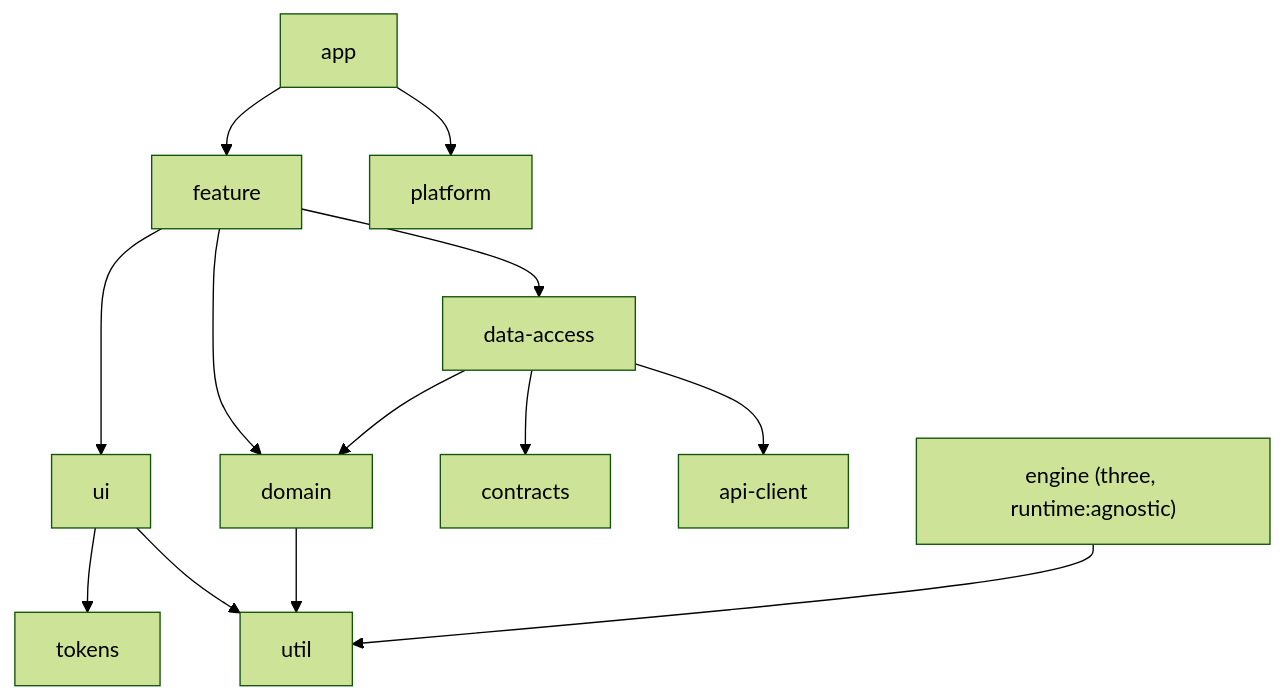
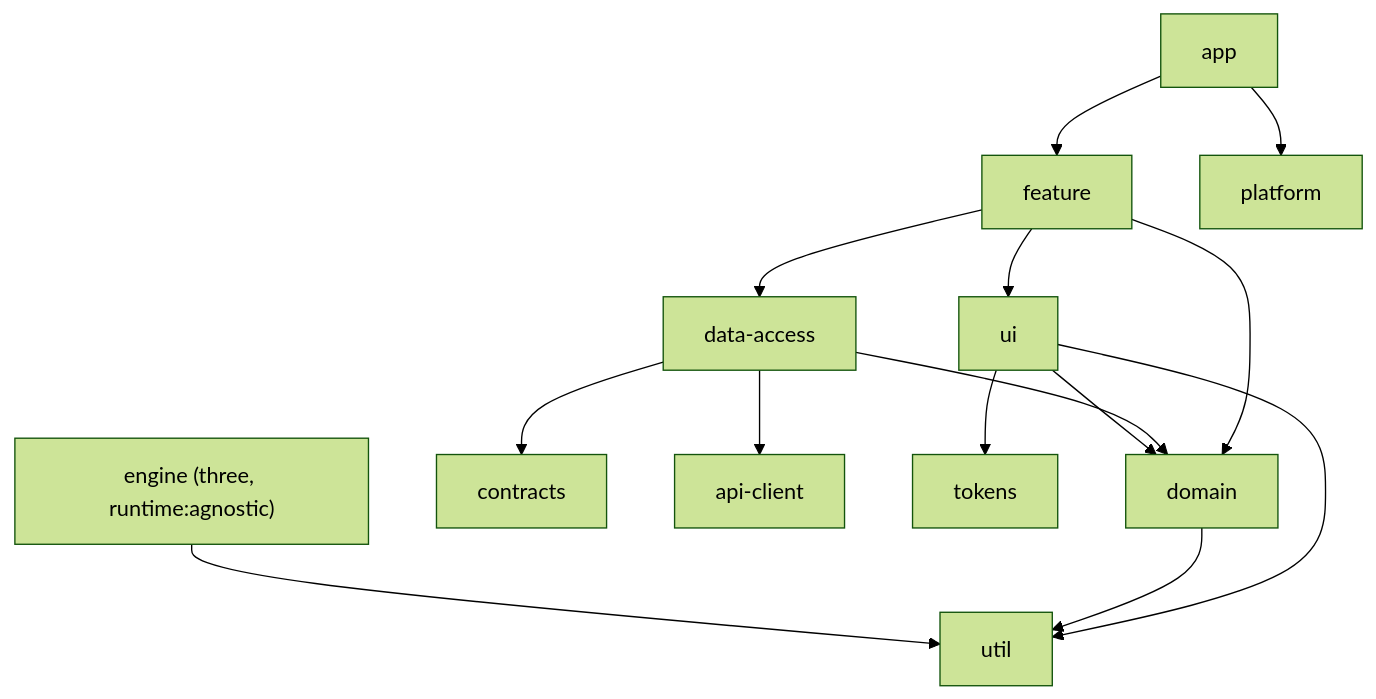
Before and after one commit to AHrichi/hrichi-platform: the second of 4 diagrams in docs/architecture.md, drawn with Mermaid (forest theme). The commit also changed other lines of this file and 45 other files, not shown here.

````diff
--- a/docs/architecture.md
+++ b/docs/architecture.md
@@ -262,15 +262,16 @@
 ```mermaid
 flowchart TD
   app --> feature
   app --> platform
   feature --> ui
   feature --> data-access
   feature --> domain
   data-access --> domain
   data-access --> contracts
   data-access --> api-client
+  ui --> domain
   ui --> tokens
   ui --> util
   domain --> util
   engine["engine (three, runtime:agnostic)"] --> util
 ```
````
